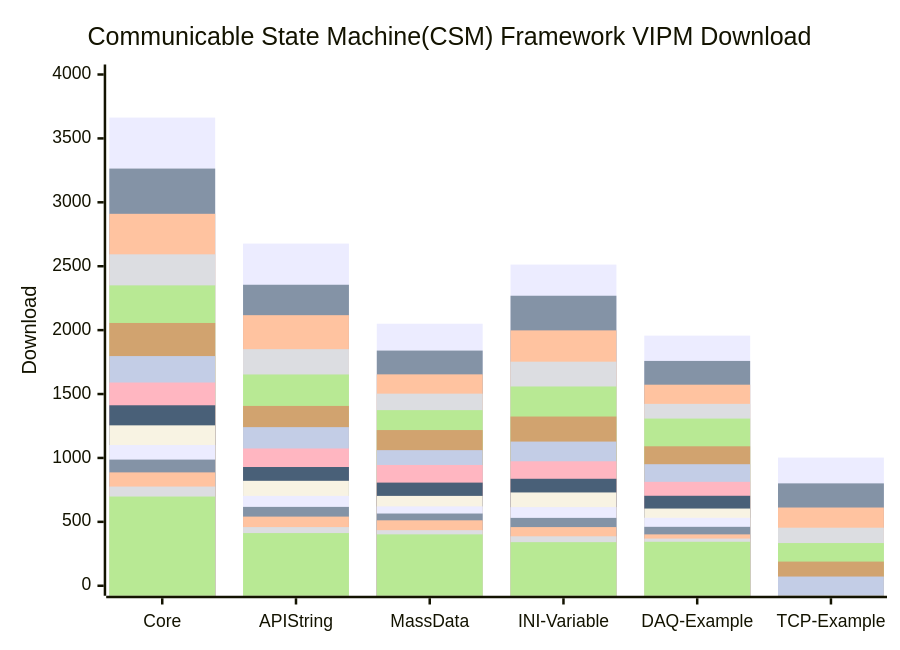
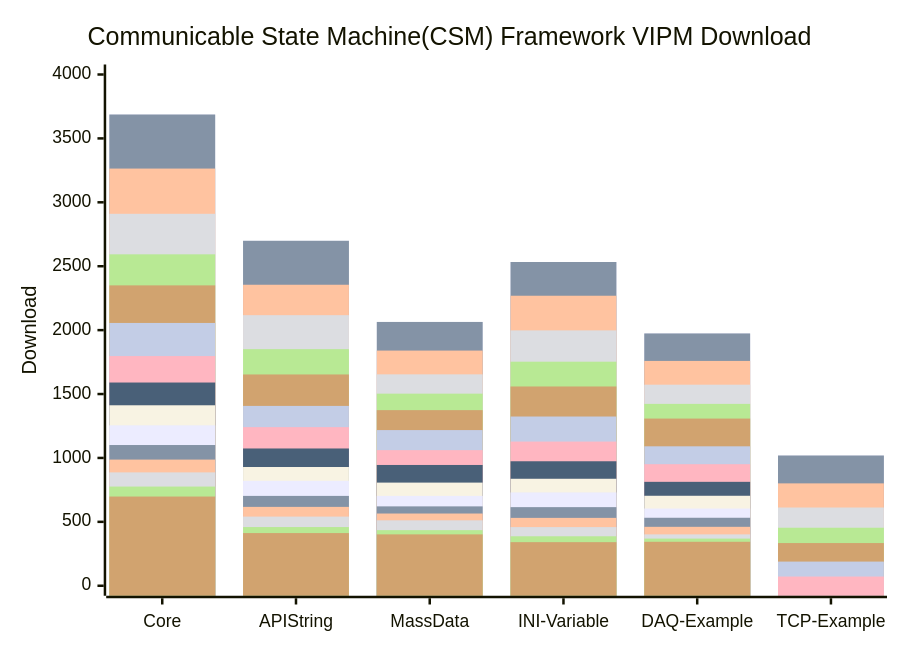
One commit to NEVSTOP-LAB/.github changed the diagram in profile/README.md. Above: the diagram before and after it, drawn with Mermaid.

````diff
--- a/profile/README.md
+++ b/profile/README.md
@@ -31,21 +31,22 @@
 ```mermaid
     xychart-beta
     title "Communicable State Machine(CSM) Framework VIPM Download"
     x-axis [Core, API String, MassData, INI-Variable, DAQ-Example, TCP-Example]
     y-axis "Download" 0 --> 4000
-    bar   [3663, 2677, 2050, 2513, 1957, 1003]
+    bar   [3687, 2699, 2064, 2533, 1974, 1019]
+    bar   [3687, 2699, 2064, 2533, 1974, 1019]
     bar   [3264, 2355, 1840, 2269, 1759, 801]
     bar   [2910, 2117, 1654, 1998, 1573, 612]
     bar   [2593, 1851, 1503, 1753, 1423, 454]
     bar   [2350, 1653, 1374, 1559, 1308, 334]
     bar   [2056, 1407, 1218, 1324, 1091, 189]
     bar   [1797, 1241, 1061, 1128, 951, 72]
     bar   [1590, 1074, 945, 974, 813]
     bar   [1412, 929, 807, 837, 704]
     bar   [1255, 821, 703, 730, 604]
     bar   [1101, 703, 621, 615, 532]
     bar   [987, 617, 565, 531, 461]
     bar   [887, 541, 512, 459, 402]
     bar   [776, 459, 435, 387, 369]
     bar   [698, 412, 402, 341, 344]
 ```
````
